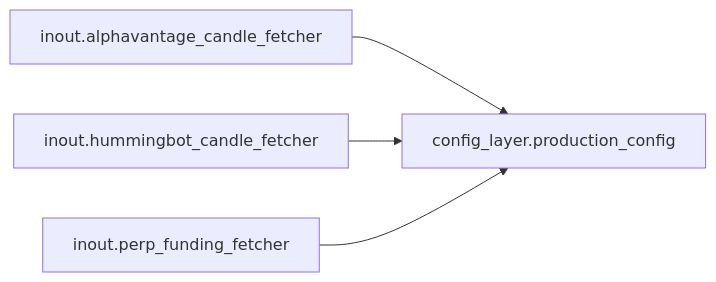
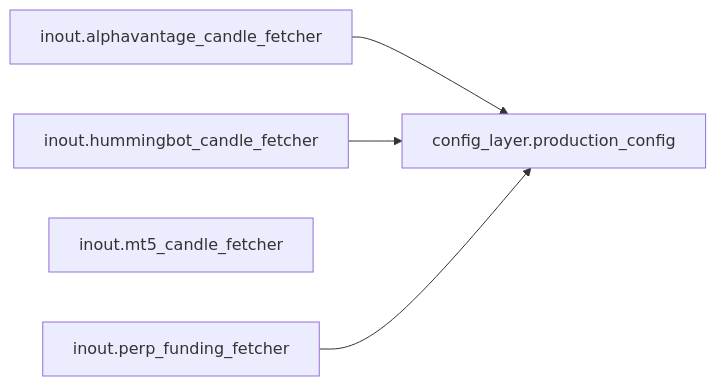
Diagram 17 of 38 in docs/architecture/code-map.generated.md (Chaithu1995-0312/TradeHlt), drawn with Mermaid before and after one commit. The commit also changed other lines of this file and 159 other files, not shown here.

````diff
--- a/docs/architecture/code-map.generated.md
+++ b/docs/architecture/code-map.generated.md
@@ -746,10 +982,11 @@
 ```mermaid
 flowchart LR
     inout_alphavantage_candle_fetcher["inout.alphavantage_candle_fetcher"]
     inout_hummingbot_candle_fetcher["inout.hummingbot_candle_fetcher"]
+    inout_mt5_candle_fetcher["inout.mt5_candle_fetcher"]
     inout_perp_funding_fetcher["inout.perp_funding_fetcher"]
     config_layer_production_config["config_layer.production_config"]
     inout_alphavantage_candle_fetcher --> config_layer_production_config
     inout_hummingbot_candle_fetcher --> config_layer_production_config
     inout_perp_funding_fetcher --> config_layer_production_config
 ```
````
